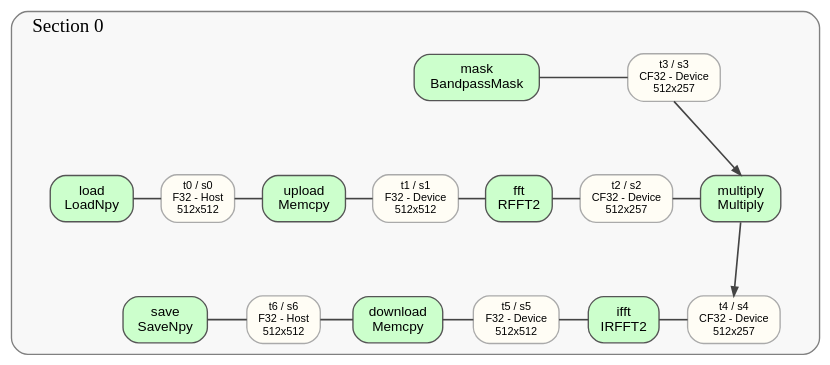
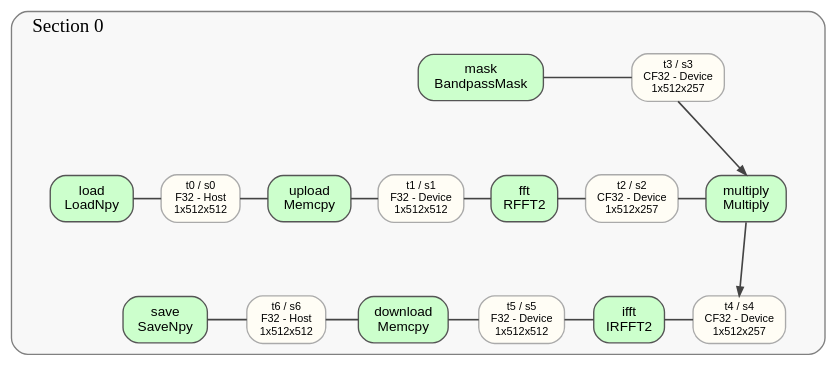
Before and after one commit to DigitalHolography/Holoflow: the diagram in doc/mkdocs/docs/assets/graphs/holoflow-bandpass-compiled.dot, drawn with Graphviz. The commit also changed 13 other files, not shown here.

```diff
--- a/doc/mkdocs/docs/assets/graphs/holoflow-bandpass-compiled.dot
+++ b/doc/mkdocs/docs/assets/graphs/holoflow-bandpass-compiled.dot
@@ -1,67 +1,67 @@
 digraph GraphPlan {
   rankdir=TB;
   compound=true;
   newrank=true;
   graph [nodesep=0.28, ranksep=0.75, pad=0.2, splines=polyline, bgcolor="transparent"];
   node [fontname="Helvetica", shape=box];
   edge [fontname="Helvetica", fontsize=9];
 
   node [shape=point, width=0, height=0, label="", style=invis];
   L0; R0; L1; R1; L2; R2;
   L0 -> L1 -> L2 [style=invis, weight=1000];
   R0 -> R1 -> R2 [style=invis, weight=1000];
 
   node [shape=box, style="rounded,filled", fillcolor="#ccffcc", color="#555555",
         fontsize=10, margin="0.12,0.08"];
   v0 [label="load\nLoadNpy"];
   v1 [label="upload\nMemcpy"];
   v2 [label="fft\nRFFT2"];
   v3 [label="mask\nBandpassMask"];
   v4 [label="multiply\nMultiply"];
   v5 [label="ifft\nIRFFT2"];
   v6 [label="download\nMemcpy"];
   v7 [label="save\nSaveNpy"];
 
   node [shape=box, style="rounded,filled", fillcolor="#fffdf5", color="#aaaaaa",
         fontsize=8, margin="0.08,0.05"];
-  t0 [label="t0 / s0\nF32 - Host\n512x512"];
-  t1 [label="t1 / s1\nF32 - Device\n512x512"];
-  t2 [label="t2 / s2\nCF32 - Device\n512x257"];
-  t3 [label="t3 / s3\nCF32 - Device\n512x257"];
-  t4 [label="t4 / s4\nCF32 - Device\n512x257"];
-  t5 [label="t5 / s5\nF32 - Device\n512x512"];
-  t6 [label="t6 / s6\nF32 - Host\n512x512"];
+  t0 [label="t0 / s0\nF32 - Host\n1x512x512"];
+  t1 [label="t1 / s1\nF32 - Device\n1x512x512"];
+  t2 [label="t2 / s2\nCF32 - Device\n1x512x257"];
+  t3 [label="t3 / s3\nCF32 - Device\n1x512x257"];
+  t4 [label="t4 / s4\nCF32 - Device\n1x512x257"];
+  t5 [label="t5 / s5\nF32 - Device\n1x512x512"];
+  t6 [label="t6 / s6\nF32 - Host\n1x512x512"];
 
   subgraph cluster_section_0 {
     label="Section 0";
     labelloc=t;
     labeljust=l;
     style=rounded;
     color=gray;
     bgcolor="#f8f8f8";
 
     { rank=same; L0; v3; t3; R0; }
     L0 -> v3 -> t3 -> R0 [style=invis, weight=1000];
     { rank=same; L1; v0; t0; v1; t1; v2; t2; v4; R1; }
     L1 -> v0 -> t0 -> v1 -> t1 -> v2 -> t2 -> v4 -> R1 [style=invis, weight=1000];
     { rank=same; L2; v7; t6; v6; t5; v5; t4; R2; }
     L2 -> v7 -> t6 -> v6 -> t5 -> v5 -> t4 -> R2 [style=invis, weight=1000];
   }
 
   edge [style=solid, color="#444444", fontcolor="#444444", penwidth=1.2,
         arrowsize=0.65, arrowhead=normal, constraint=false];
   v3:e -> t3:w;
   t3:s -> v4:n;
   v0:e -> t0:w;
   t0:e -> v1:w;
   v1:e -> t1:w;
   t1:e -> v2:w;
   v2:e -> t2:w;
   t2:e -> v4:w;
   v4:s -> t4:n;
   t4:w -> v5:e;
   v5:w -> t5:e;
   t5:w -> v6:e;
   v6:w -> t6:e;
   t6:w -> v7:e;
 }
```
